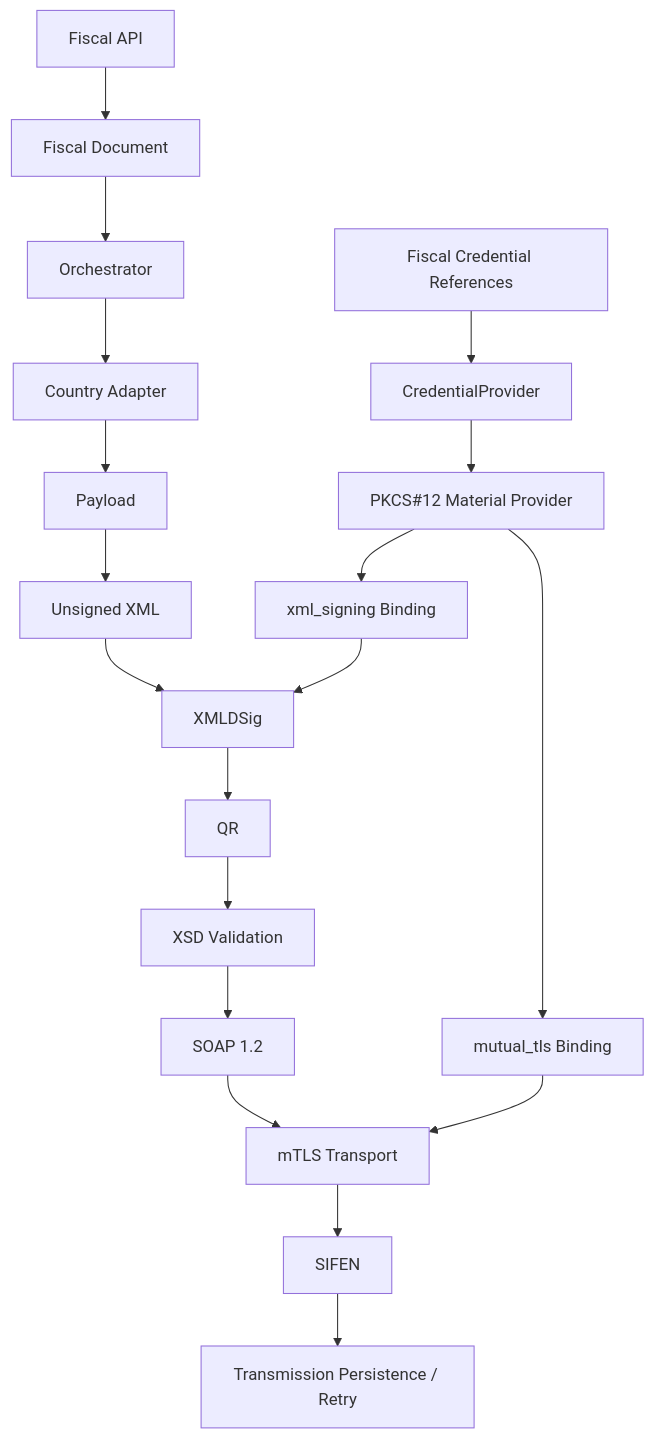
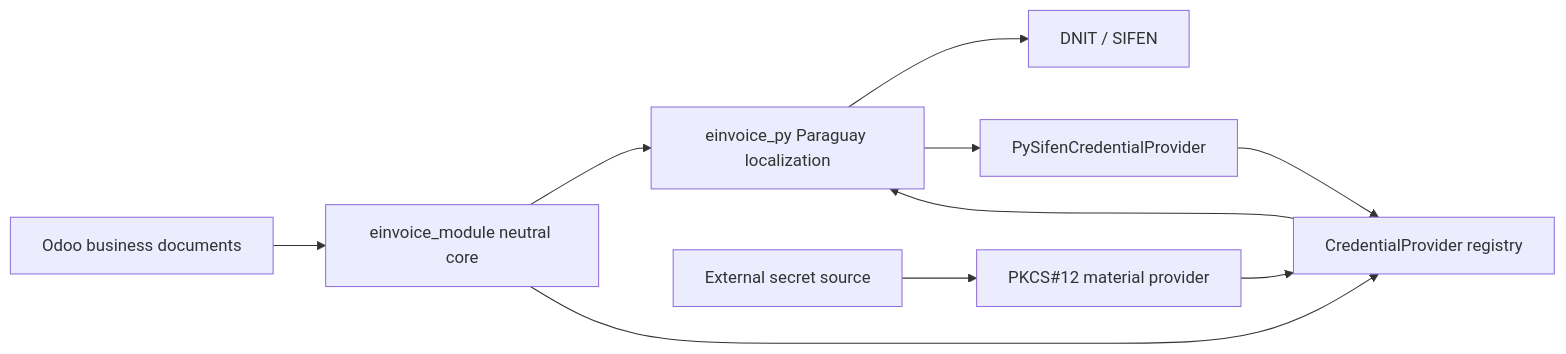
Before and after one commit to betopindu/odoo-restaurant-suite: the diagram in docs/diagrams/architecture.mmd, drawn with Mermaid. The commit also changed 16 other files, not shown here.

```diff
--- a/docs/diagrams/architecture.mmd
+++ b/docs/diagrams/architecture.mmd
@@ -1,21 +1,10 @@
-flowchart TD
-
-A[Fiscal API] --> B[Fiscal Document]
-B --> C[Orchestrator]
-C --> D[Country Adapter]
-D --> E[Payload]
-E --> F[Unsigned XML]
-F --> G[XMLDSig]
-G --> H[QR]
-H --> I[XSD Validation]
-I --> J[SOAP 1.2]
-J --> K[mTLS Transport]
-K --> L[SIFEN]
-L --> M[Transmission Persistence / Retry]
-
-N[Fiscal Credential References] --> O[CredentialProvider]
-O --> P[PKCS#12 Material Provider]
-P --> Q[xml_signing Binding]
-P --> R[mutual_tls Binding]
-Q --> G
-R --> K
+flowchart LR
+    A[Odoo business documents] --> B[einvoice_module neutral core]
+    B --> C[einvoice_py Paraguay localization]
+    C --> D[DNIT / SIFEN]
+    B --> E[CredentialProvider registry]
+    C --> F[PySifenCredentialProvider]
+    F --> E
+    G[External secret source] --> H[PKCS#12 material provider]
+    H --> E
+    E --> C
```
